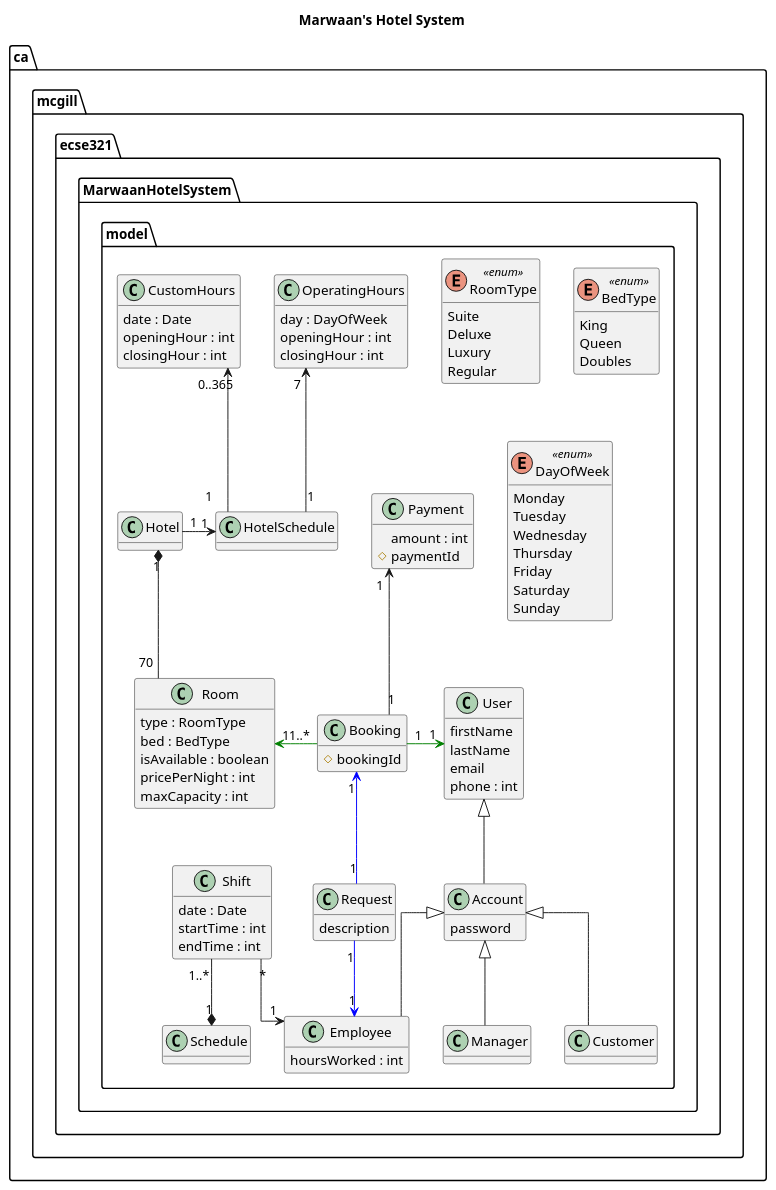
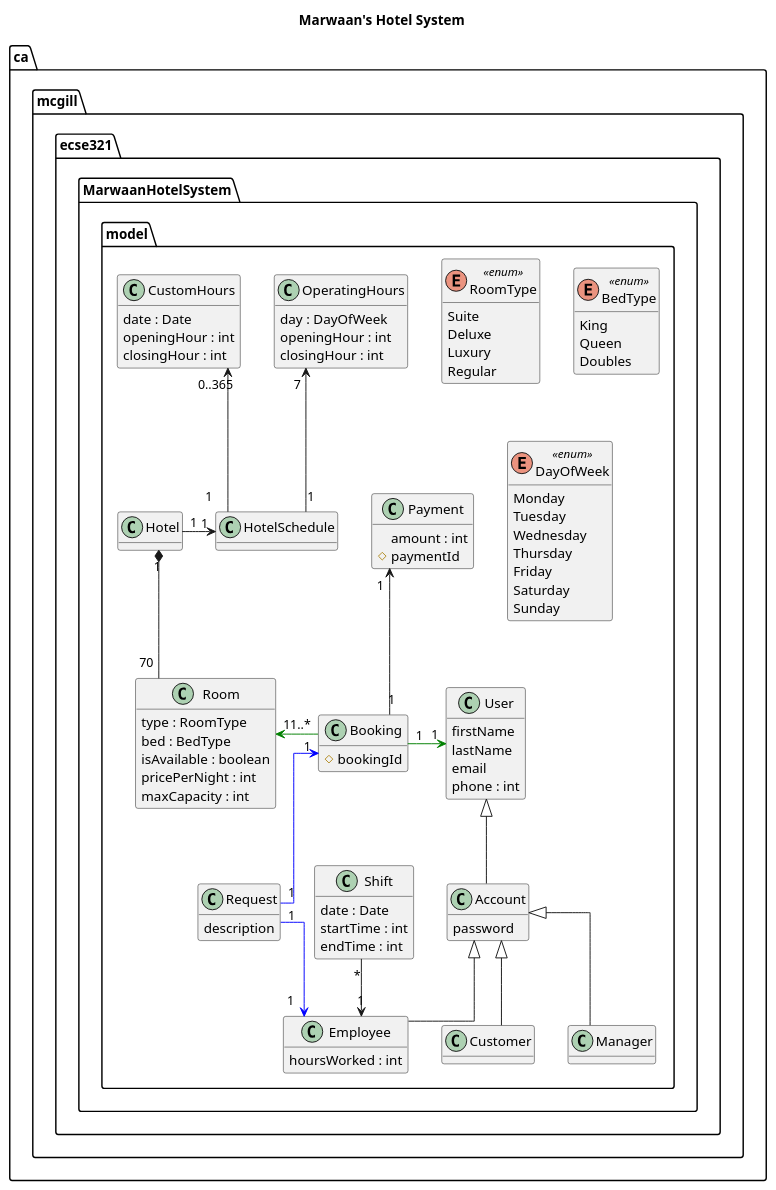
The diagram in documentation/UMLCodes/DomainModel.plantuml (notkaramel/ECSE321-Mar1HotelSystem), drawn with PlantUML before and after one commit.

Commit message:
Removed Schedule of Employee

```diff
--- a/documentation/UMLCodes/DomainModel.plantuml
+++ b/documentation/UMLCodes/DomainModel.plantuml
@@ -1,128 +1,128 @@
 @startuml MHS
 title Marwaan's Hotel System
 skinparam linetype ortho
 hide methods
 top to bottom direction
 
 package ca.mcgill.ecse321.MarwaanHotelSystem.model {
     Class User {
         firstName
         lastName
         email
         phone : int
     }
 
     Class Account {
         password
     }
 
     Class Employee {
         hoursWorked : int
     }
 
     Class Manager {
     }
 
     Class Customer {
     }
 
     ' Associations of users
     User    <|-- Account
     Account <|-- Employee
     Account <|-- Customer
     Account <|-- Manager
 
     ' Employees and their shifts/schedule
     Class Shift {
         date : Date
         startTime : int
         endTime : int
     }
 
     Shift "*" -down-> "1" Employee
 
-    Class Schedule
+    ' Class Schedule
 
-    Shift "1..*" -down-* "1" Schedule
+    ' Shift "1..*" -down-* "1" Schedule
 
     ' Room, Booking, Request, Payment
     Class Room {
         type : RoomType
         bed : BedType
         isAvailable : boolean
         pricePerNight : int
         maxCapacity : int
     }
 
     Room "70" -up-* "1" Hotel
 
     Class Booking {
         # bookingId
     }
 
     Booking "1..*" -left[#green]-> "1" Room
     Booking "1" -right[#green]-> "1" User
 
     Class Request {
         description
     }
 
     Request "1" -down[#blue]-> "1" Employee
     Request "1" -up[#blue]-> "1" Booking
 
     Class Payment {
         amount : int
         # paymentId
     }
 
     Booking "1" -up-> "1" Payment
 
     ' Hotel, Hotel Hours of Operations
 
     Class Hotel 
 
     Class HotelSchedule 
 
     Hotel "1" -left-> "1" HotelSchedule
 
     Class OperatingHours {
         day : DayOfWeek
         openingHour : int
         closingHour : int
     }
 
     Class CustomHours {
         date : Date
         openingHour : int
         closingHour : int
     }
 
 
     HotelSchedule "1" -up-> "0..365" CustomHours
     HotelSchedule "1" -up-> "7" OperatingHours
 
         enum RoomType <<enum>> {
             Suite
             Deluxe
             Luxury
             Regular
         }
 
         enum BedType <<enum>> {
             King
             Queen
             Doubles
         }
         enum DayOfWeek <<enum>> {
             Monday
             Tuesday
             Wednesday
             Thursday
             Friday
             Saturday
             Sunday
         }
     
 
 }
 @enduml
```
